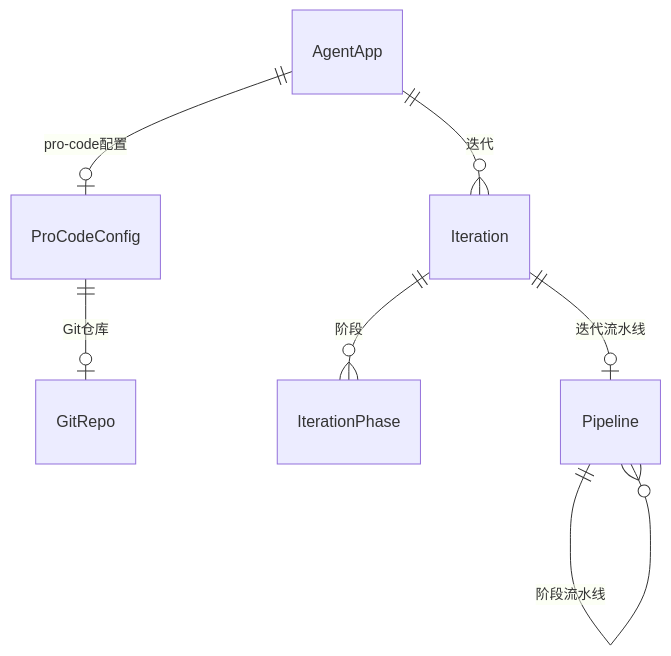
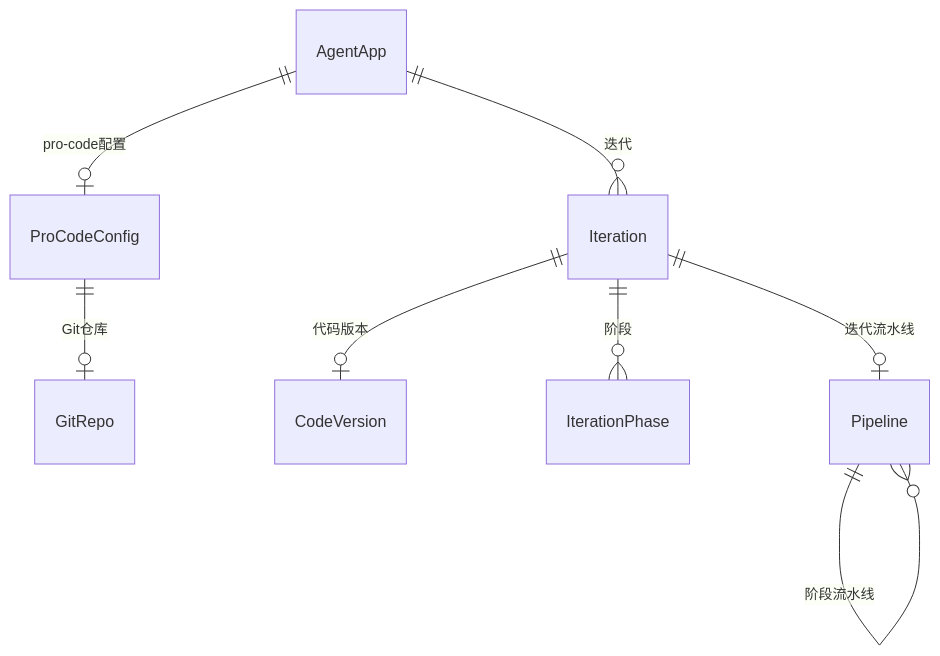
The eighth of 8 diagrams in docs/plans/procode-platform/hld/hld.md (qdw497874677/high-code-doc), drawn with Mermaid before and after one commit. The commit also changed other lines of this file, not shown here.

````diff
--- a/docs/plans/procode-platform/hld/hld.md
+++ b/docs/plans/procode-platform/hld/hld.md
@@ -380,9 +400,10 @@
 ```mermaid
 erDiagram
     AgentApp ||--o| ProCodeConfig : "pro-code配置"
     ProCodeConfig ||--o| GitRepo : "Git仓库"
     AgentApp ||--o{ Iteration : "迭代"
+    Iteration ||--o| CodeVersion : "代码版本"
     Iteration ||--o{ IterationPhase : "阶段"
     Iteration ||--o| Pipeline : "迭代流水线"
     Pipeline ||--o{ Pipeline : "阶段流水线"
 ```
````
